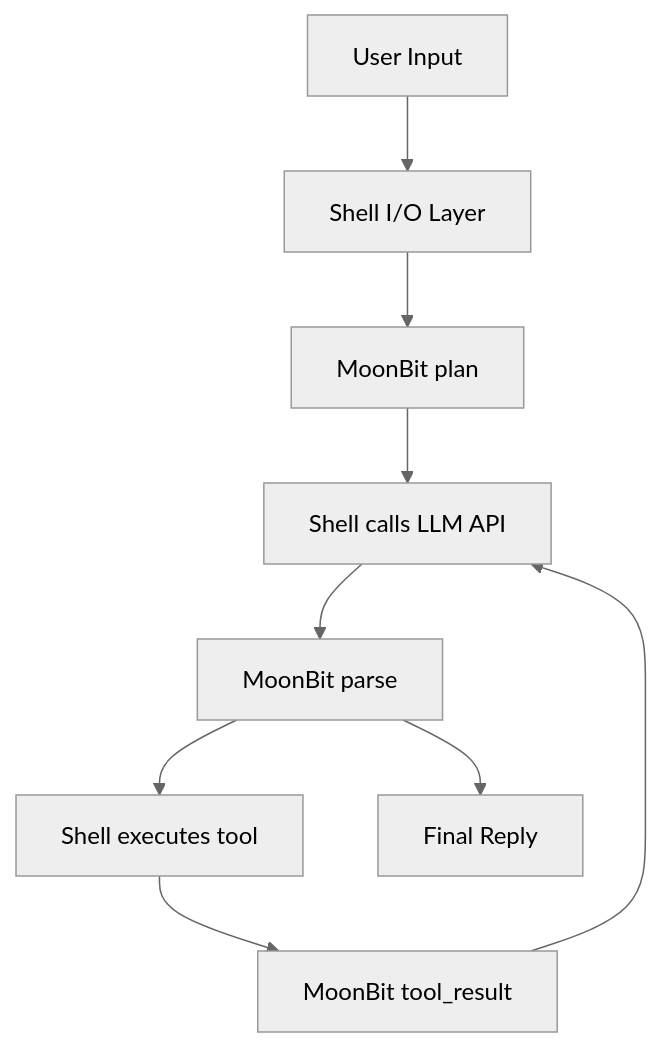
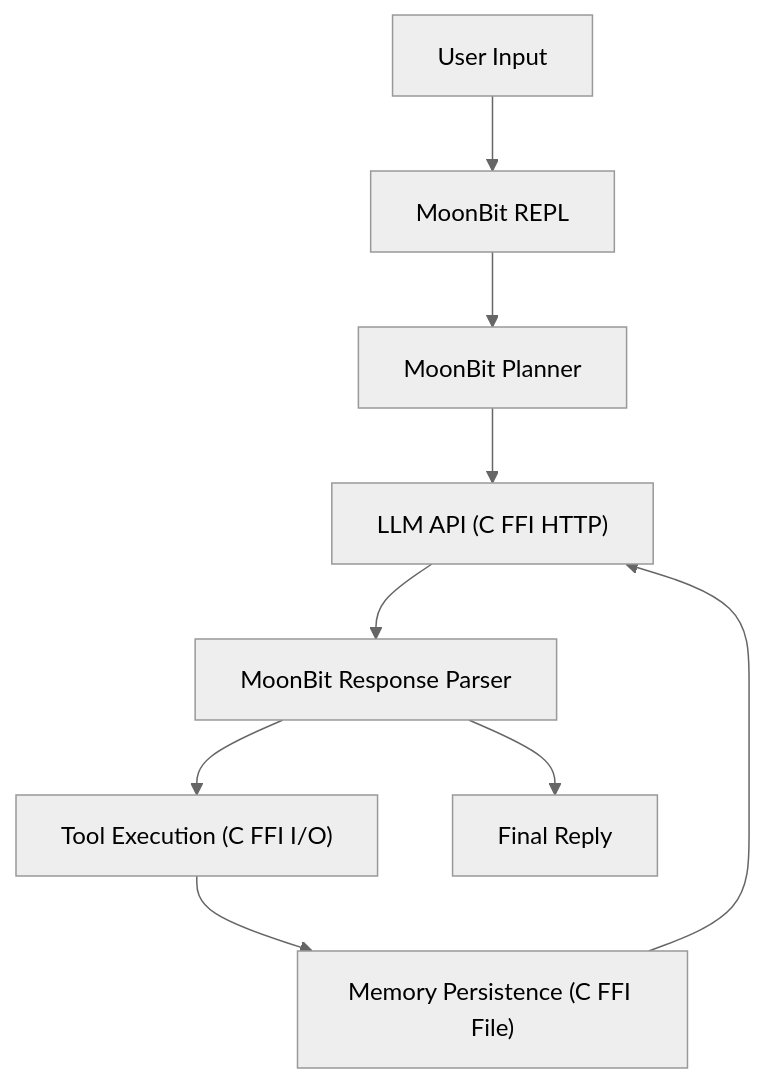
Before and after one commit to nillikechatchat/autoagent-moonbit: the diagram in .monkeycode/docs/ARCHITECTURE.md, drawn with Mermaid (neutral theme). The commit also changed other lines of this file and 2 other files, not shown here.

````diff
--- a/.monkeycode/docs/ARCHITECTURE.md
+++ b/.monkeycode/docs/ARCHITECTURE.md
@@ -9,11 +9,11 @@
 ```mermaid
 graph TD
-    User["User Input"] --> Shell["Shell I/O Layer"]
-    Shell --> Plan["MoonBit plan"]
-    Plan --> LLM["Shell calls LLM API"]
-    LLM --> Parse["MoonBit parse"]
-    Parse --> Tool["Shell executes tool"]
-    Tool --> Result["MoonBit tool_result"]
-    Result --> LLM
+    User["User Input"] --> REPL["MoonBit REPL"]
+    REPL --> Plan["MoonBit Planner"]
+    Plan --> LLM["LLM API (C FFI HTTP)"]
+    LLM --> Parse["MoonBit Response Parser"]
+    Parse --> Tool["Tool Execution (C FFI I/O)"]
+    Tool --> Memory["Memory Persistence (C FFI File)"]
+    Memory --> LLM
     Parse --> Reply["Final Reply"]
 ```
````
